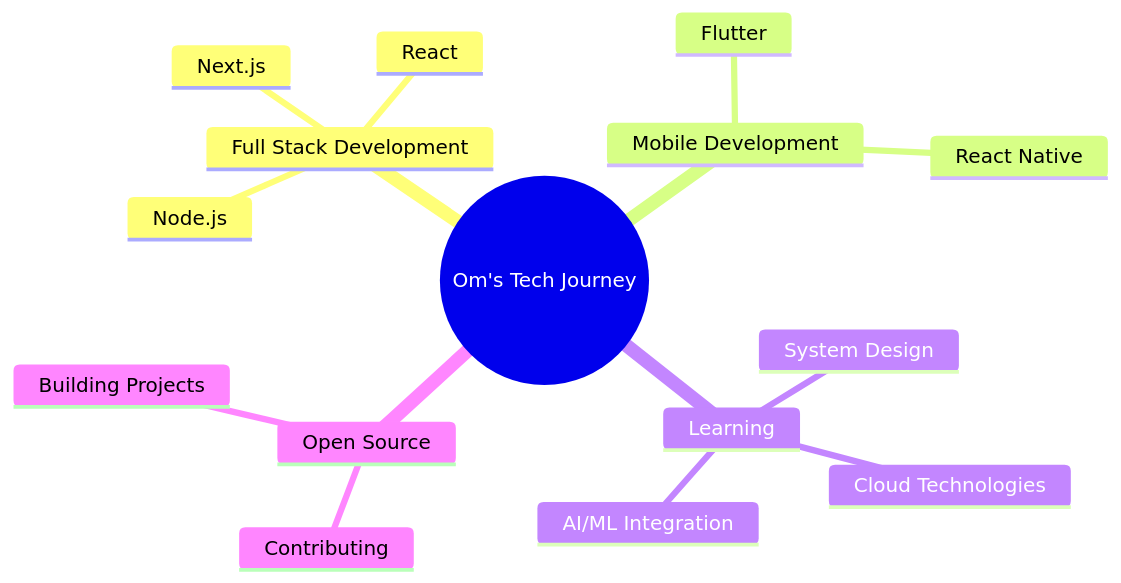
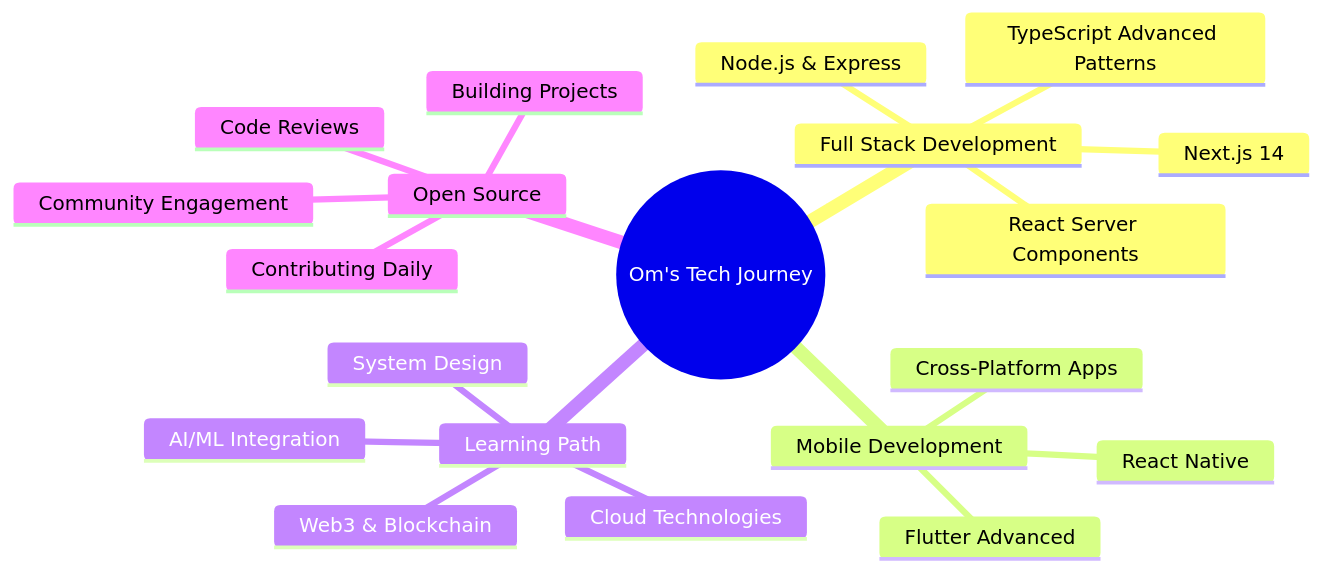
Before and after one commit to om-prakash-yadav/om-prakash-yadav: the diagram in README.md, drawn with Mermaid. The commit also changed other lines of this file, not shown here.

````diff
--- a/README.md
+++ b/README.md
@@ -159,18 +295,23 @@
 ```mermaid
 mindmap
   root((Om's Tech Journey))
     Full Stack Development
-      Next.js
-      React
-      Node.js
+      Next.js 14
+      React Server Components
+      TypeScript Advanced Patterns
+      Node.js & Express
     Mobile Development
-      Flutter
+      Flutter Advanced
       React Native
-    Learning
+      Cross-Platform Apps
+    Learning Path
       System Design
       Cloud Technologies
       AI/ML Integration
+      Web3 & Blockchain
     Open Source
-      Contributing
+      Contributing Daily
       Building Projects
+      Community Engagement
+      Code Reviews
 ```
````
